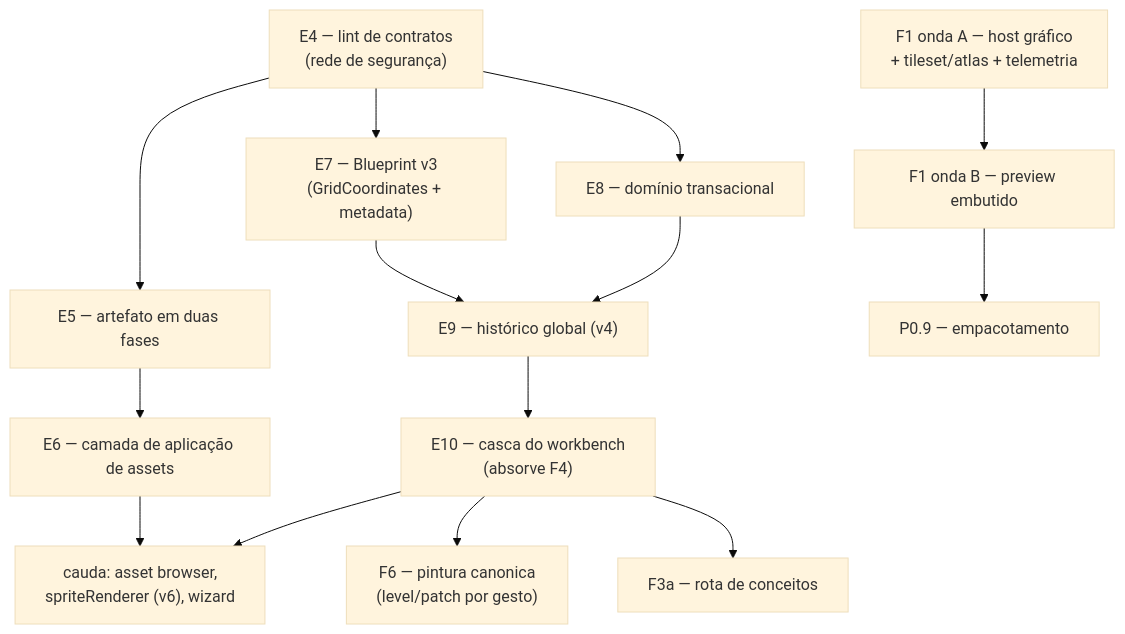
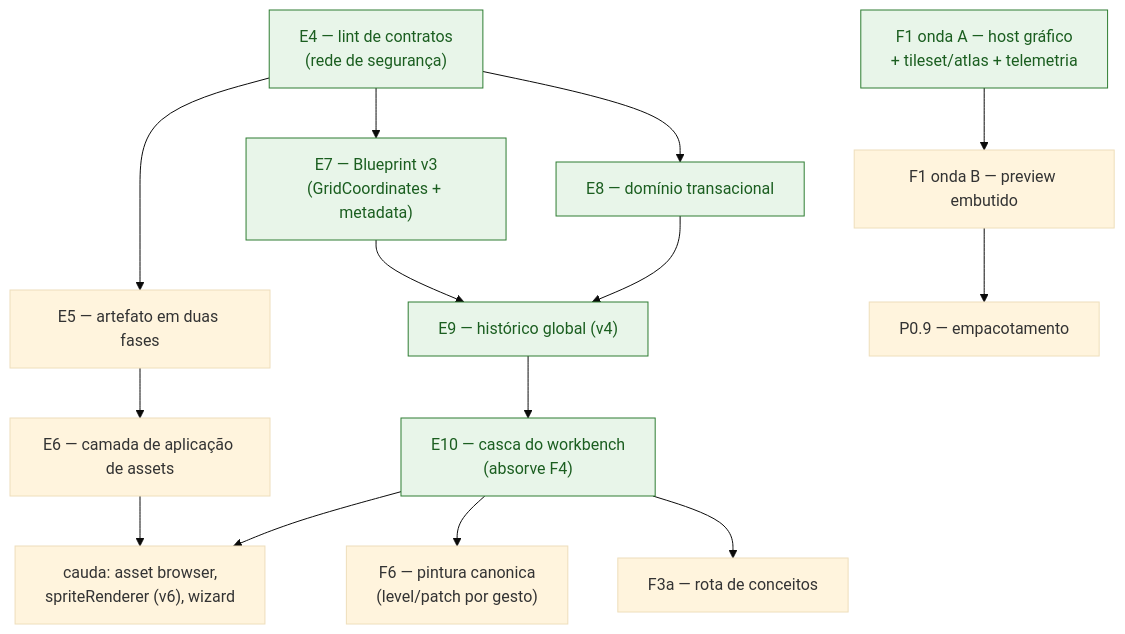
One commit to flaviotinococoutinho/Gridsmith changed the diagram in docs/DEVELOPMENT-PLAN.md. Above: the diagram before and after it, drawn with Mermaid (base theme). The commit also changed other lines of this file and 5 other files, not shown here.

````diff
--- a/docs/DEVELOPMENT-PLAN.md
+++ b/docs/DEVELOPMENT-PLAN.md
@@ -263,16 +288,18 @@
 ```mermaid
 flowchart TD
   E4["E4 — lint de contratos<br/>(rede de segurança)"] --> E5["E5 — artefato em duas fases"]
   E4 --> E7["E7 — Blueprint v3<br/>(GridCoordinates + metadata)"]
   E4 --> E8["E8 — domínio transacional"]
   E5 --> E6["E6 — camada de aplicação de assets"]
   E7 --> E9["E9 — histórico global (v4)"]
   E8 --> E9
   E9 --> E10["E10 — casca do workbench<br/>(absorve F4)"]
   E10 --> F6["F6 — pintura canonica<br/>(level/patch por gesto)"]
   E10 --> F3a["F3a — rota de conceitos"]
   E6 --> CAUDA["cauda: asset browser,<br/>spriteRenderer (v6), wizard"]
   E10 --> CAUDA
   F1A["F1 onda A — host gráfico<br/>+ tileset/atlas + telemetria"] --> F1B["F1 onda B — preview embutido"]
   F1B --> P09["P0.9 — empacotamento"]
+  classDef entregue fill:#e8f5e9,stroke:#2e7d32,color:#1b5e20
+  class E4,E7,E8,E9,E10,F1A entregue
 ```
````
